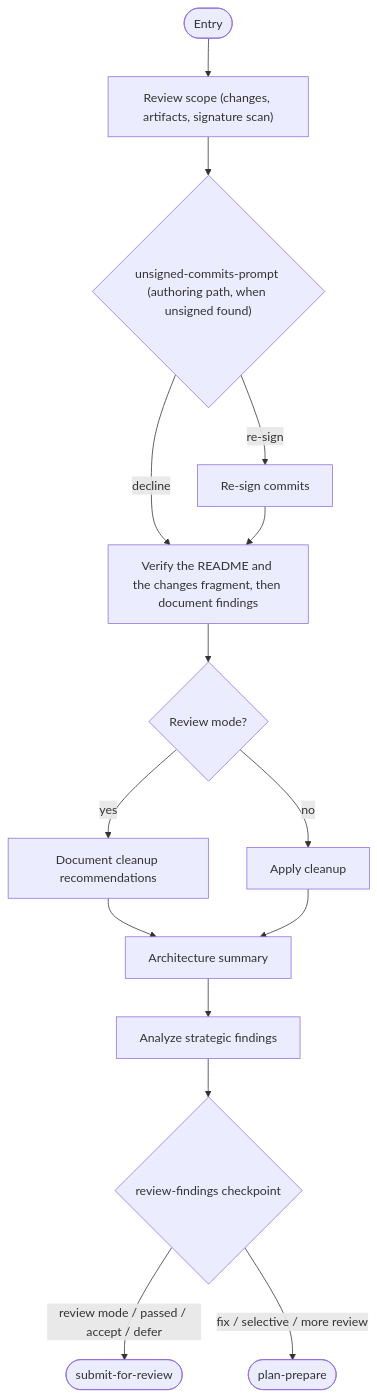
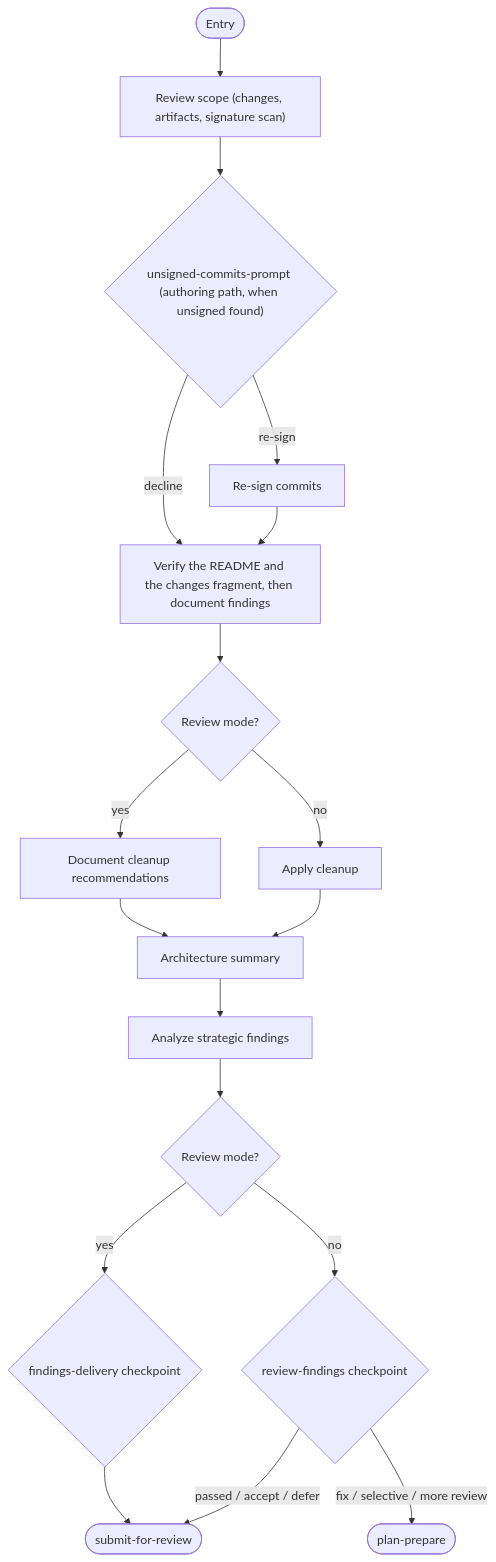
Before and after one commit to m2ux/workflow-server: diagram 13 of 15 in work-package/activities/README.md, drawn with Mermaid. The commit also changed other lines of this file and 20 other files, not shown here.

````diff
--- a/work-package/activities/README.md
+++ b/work-package/activities/README.md
@@ -340,17 +340,20 @@
 ```mermaid
 graph TD
     entryNode(["Entry"]) --> reviewScope["Review scope (changes, artifacts, signature scan)"]
     reviewScope --> cpUnsigned{"unsigned-commits-prompt (authoring path, when unsigned found)"}
     cpUnsigned -->|"re-sign"| resign["Re-sign commits"]
     cpUnsigned -->|"decline"| verifyReadme
     resign --> verifyReadme["Verify the README and the changes fragment, then document findings"]
     verifyReadme --> cleanupBranch{"Review mode?"}
     cleanupBranch -->|"yes"| docCleanup["Document cleanup recommendations"]
     cleanupBranch -->|"no"| applyCleanup["Apply cleanup"]
     docCleanup --> createArchSummary
     applyCleanup --> createArchSummary["Architecture summary"]
     createArchSummary --> analyze["Analyze strategic findings"]
-    analyze --> cpFindings{"review-findings checkpoint"}
-    cpFindings -->|"review mode / passed / accept / defer"| exitSubmit(["submit-for-review"])
+    analyze --> gateMode{"Review mode?"}
+    gateMode -->|"yes"| cpDelivery{"findings-delivery checkpoint"}
+    gateMode -->|"no"| cpFindings{"review-findings checkpoint"}
+    cpDelivery --> exitSubmit(["submit-for-review"])
+    cpFindings -->|"passed / accept / defer"| exitSubmit
     cpFindings -->|"fix / selective / more review"| exitPlan(["plan-prepare"])
 ```
````
